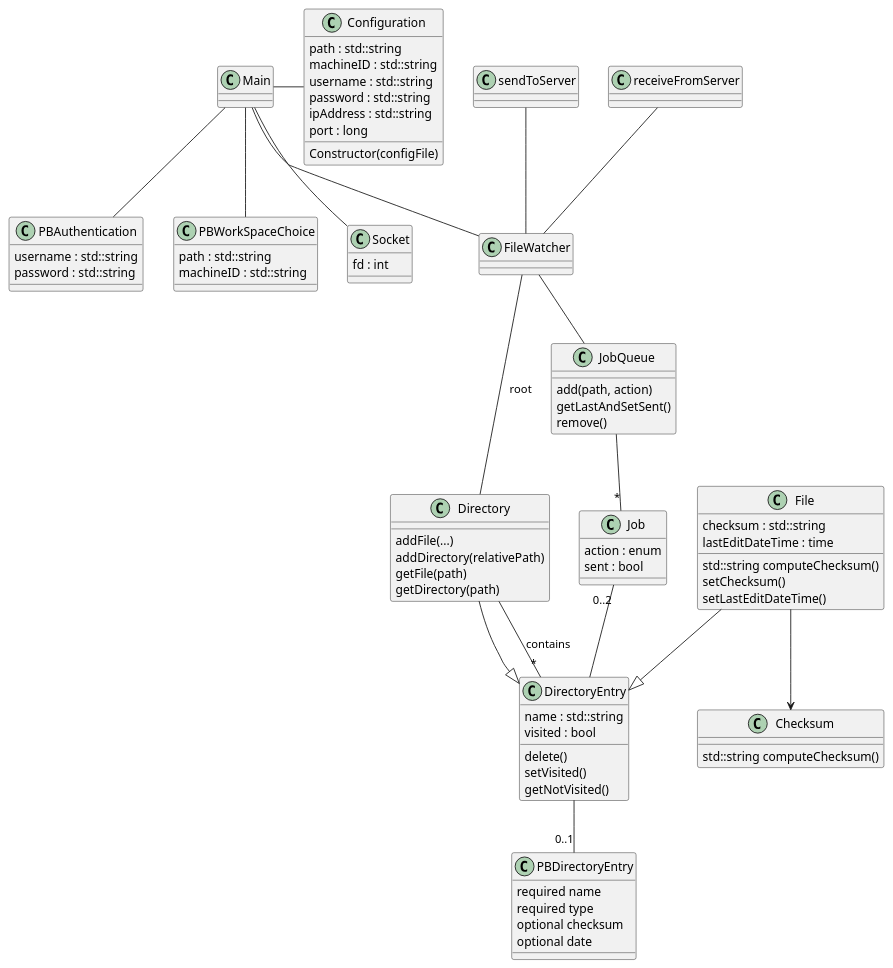
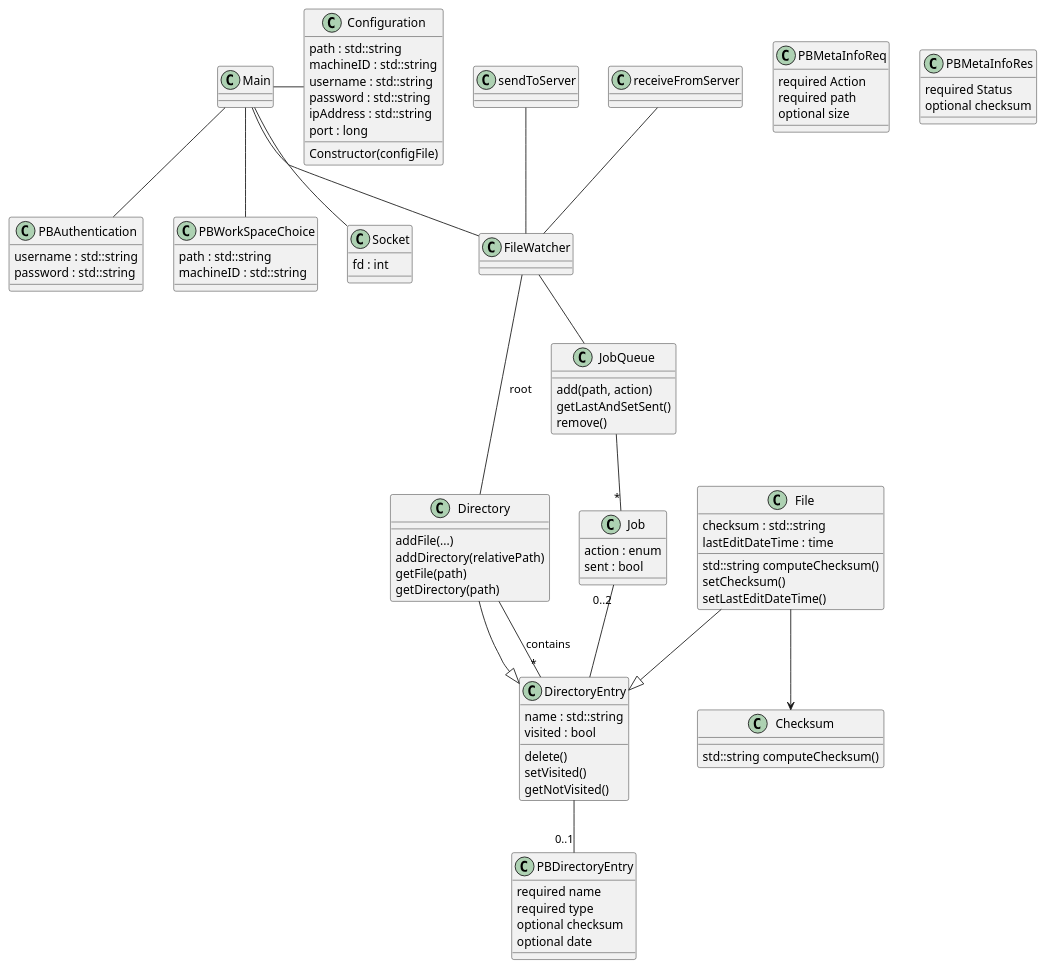
Before and after one commit to matteoborzi/pds-progetto: the second of 4 diagrams in README.md, drawn with PlantUML.

Commit message:
docs: added missing classes in server

```diff
--- a/README.md
+++ b/README.md
@@ -167,6 +167,17 @@
     optional date  
 }
 
+class PBMetaInfoReq {
+    required Action
+    required path
+    optional size
+}
+
+class PBMetaInfoRes {
+    required Status
+    optional checksum
+}
+
 DirectoryEntry --"0..1" PBDirectoryEntry 
 
 class Checksum{
```
